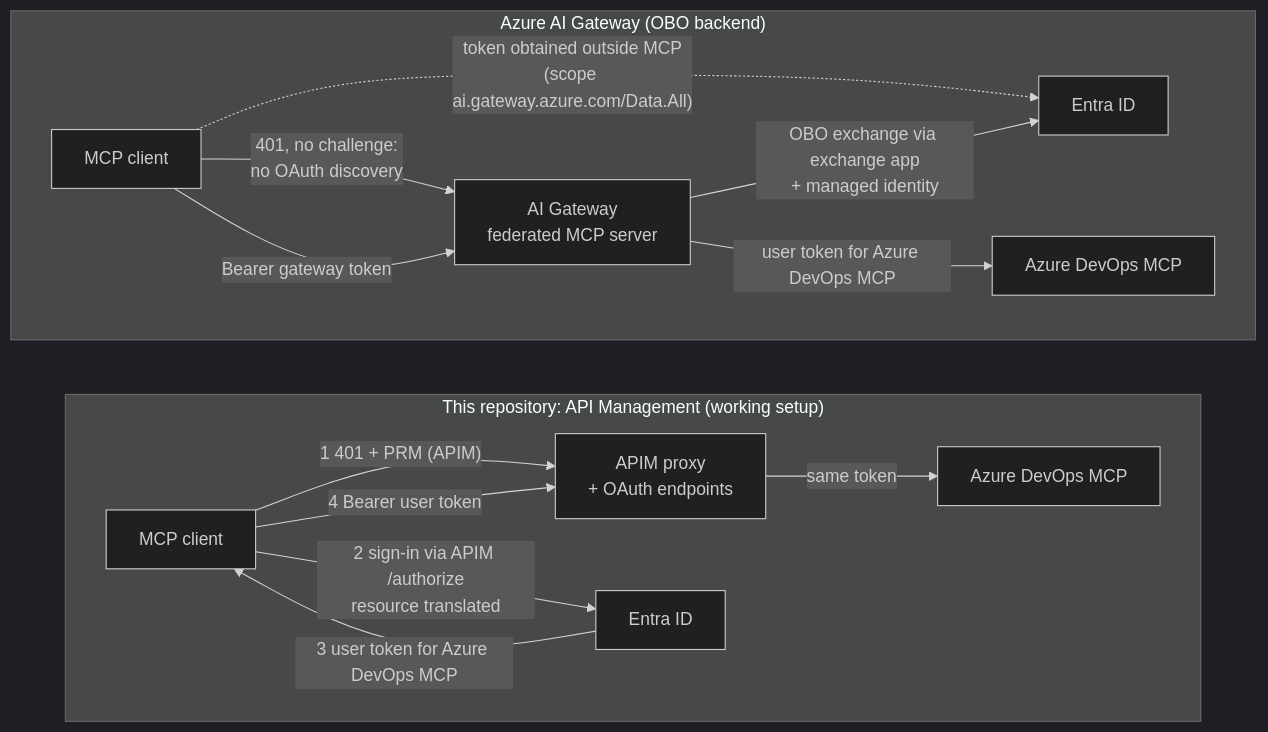
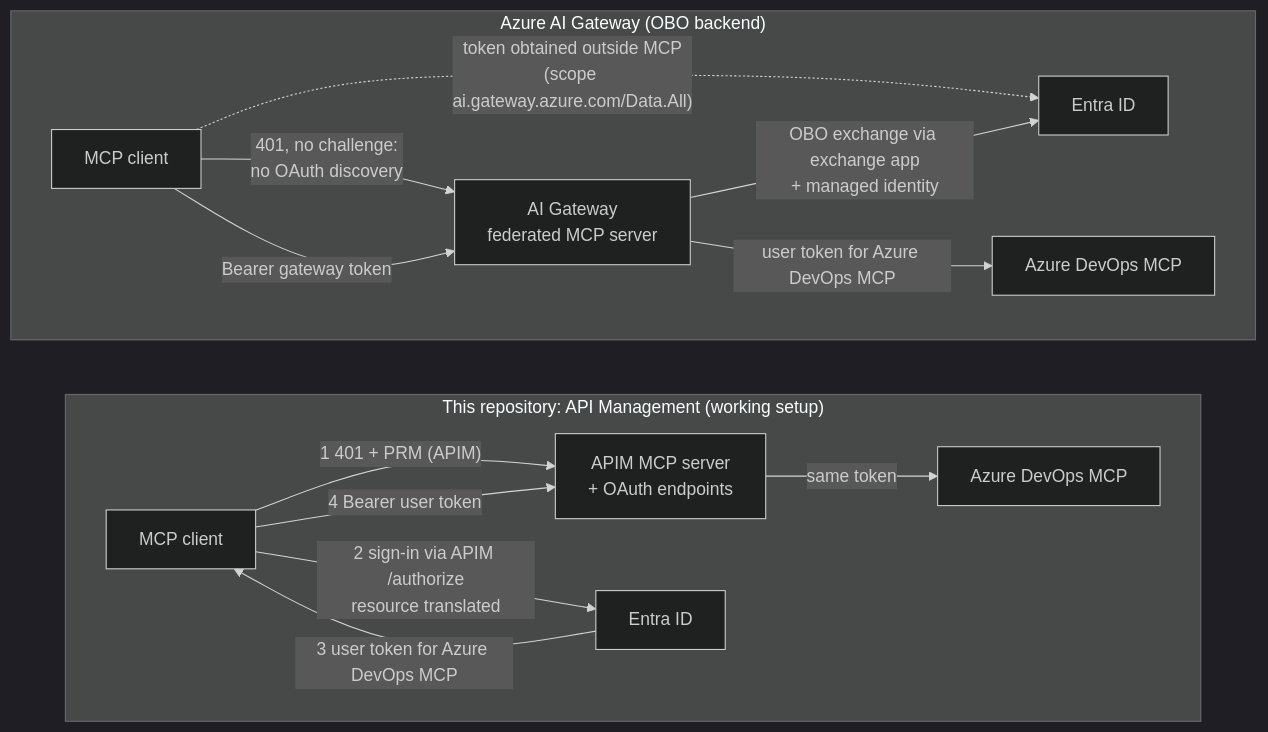
One commit to san360/azdevopsmcp changed the diagram in docs/AI-GATEWAY.md. Above: the diagram before and after it, drawn with Mermaid (dark theme). The commit also changed other lines of this file and 49 other files, not shown here.

First line of the commit message:
Run the working setup as an APIM MCP server under its own path (#1)

````diff
--- a/docs/AI-GATEWAY.md
+++ b/docs/AI-GATEWAY.md
@@ -43,18 +43,18 @@
 ```mermaid
 flowchart LR
     subgraph apim["This repository: API Management (working setup)"]
         direction LR
-        c1["MCP client"] -->|"1 401 + PRM (APIM)"| a1["APIM proxy<br/>+ OAuth endpoints"]
+        c1["MCP client"] -->|"1 401 + PRM (APIM)"| a1["APIM MCP server<br/>+ OAuth endpoints"]
         c1 -->|"2 sign-in via APIM /authorize<br/>resource translated"| e1["Entra ID"]
         e1 -->|"3 user token for Azure DevOps MCP"| c1
         c1 -->|"4 Bearer user token"| a1 -->|"same token"| o1["Azure DevOps MCP"]
     end
     subgraph aig["Azure AI Gateway (OBO backend)"]
         direction LR
         c2["MCP client"] -->|"401, no challenge:<br/>no OAuth discovery"| g2["AI Gateway<br/>federated MCP server"]
         c2 -. "token obtained outside MCP<br/>(scope ai.gateway.azure.com/Data.All)" .-> e2["Entra ID"]
         c2 -->|"Bearer gateway token"| g2
         g2 -->|"OBO exchange via exchange app<br/>+ managed identity"| e2
         g2 -->|"user token for Azure DevOps MCP"| o2["Azure DevOps MCP"]
     end
 ```
````
